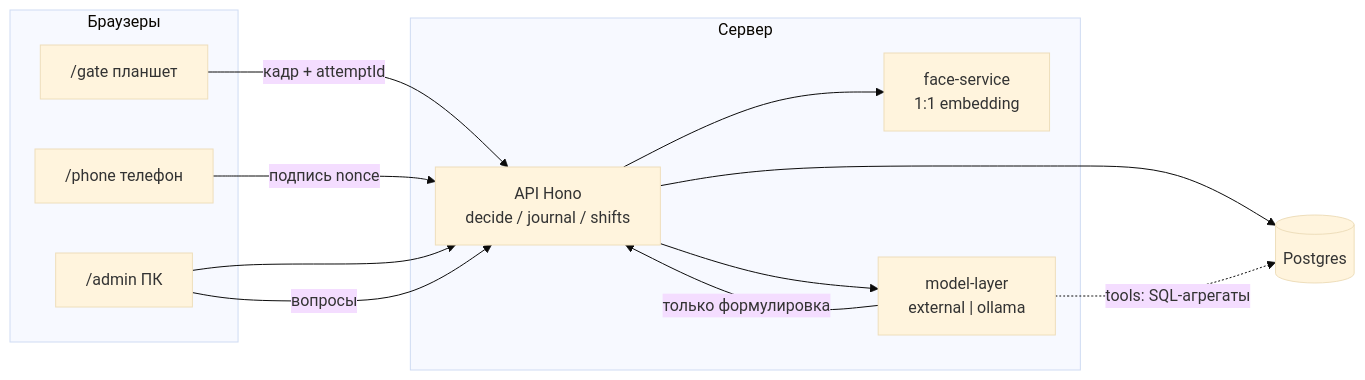
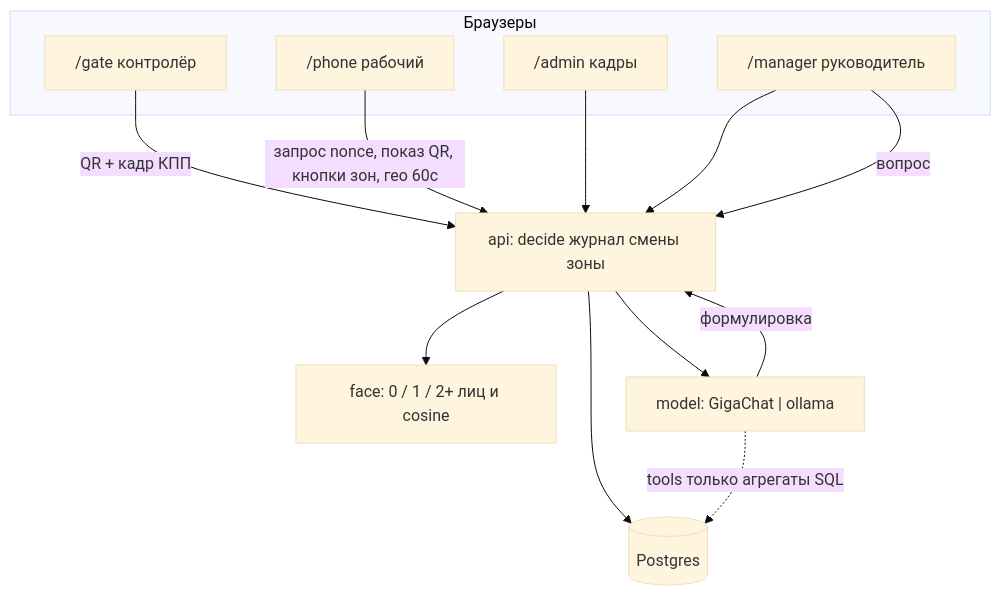
Before and after one commit to surgezxc/vaibaton-prohodnaya: the diagram in docs/architecture.md, drawn with Mermaid (base theme). The commit also changed other lines of this file and 2 other files, not shown here.

Commit message:
Document full Проходная architecture for implementation

````diff
--- a/docs/architecture.md
+++ b/docs/architecture.md
@@ -7,23 +17,23 @@
 ```mermaid
-flowchart LR
-  subgraph clients [Браузеры]
-    Gate["/gate планшет"]
-    Phone["/phone телефон"]
-    Admin["/admin ПК"]
+flowchart TB
+  subgraph ui [Браузеры]
+    Gate["/gate контролёр"]
+    Phone["/phone рабочий"]
+    Admin["/admin кадры"]
+    Mgr["/manager руководитель"]
   end
-  subgraph server [Сервер]
-    API["API Hono<br/>decide / journal / shifts"]
-    Face["face-service<br/>1:1 embedding"]
-    Model["model-layer<br/>external | ollama"]
-  end
+  API["api: decide журнал смены зоны"]
+  Face["face: 0 / 1 / 2+ лиц и cosine"]
+  Model["model: GigaChat | ollama"]
   PG[(Postgres)]
-  Gate -->|кадр + attemptId| API
-  Phone -->|подпись nonce| API
+  Gate -->|QR + кадр КПП| API
+  Phone -->|запрос nonce, показ QR, кнопки зон, гео 60с| API
   Admin --> API
+  Mgr --> API
   API --> Face
   API --> PG
-  Admin -->|вопросы| API
+  Mgr -->|вопрос| API
   API --> Model
-  Model -->|только формулировка| API
-  Model -.->|tools: SQL-агрегаты| PG
+  Model -->|формулировка| API
+  Model -.->|tools только агрегаты SQL| PG
 ```
````
